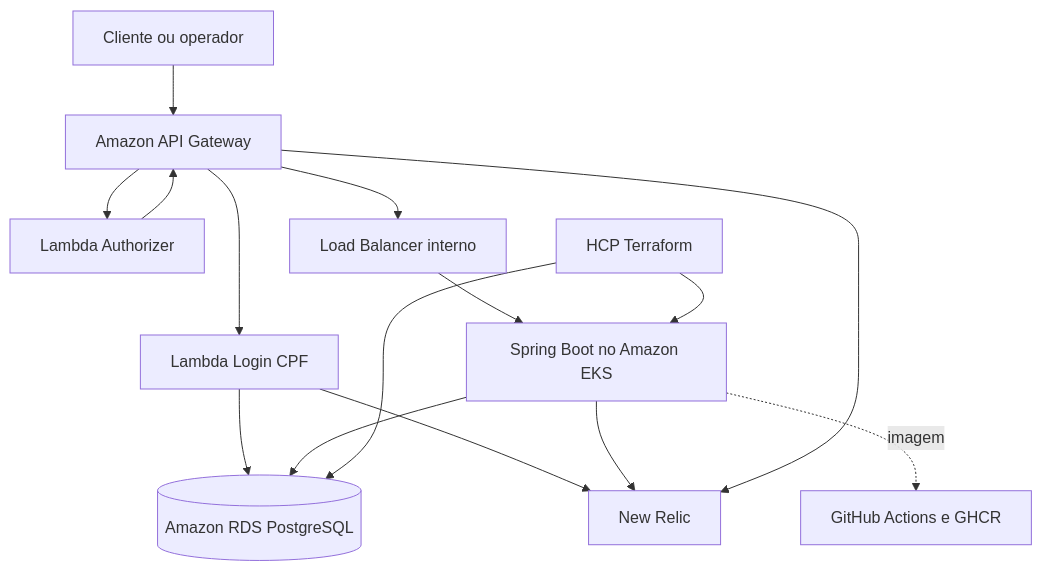
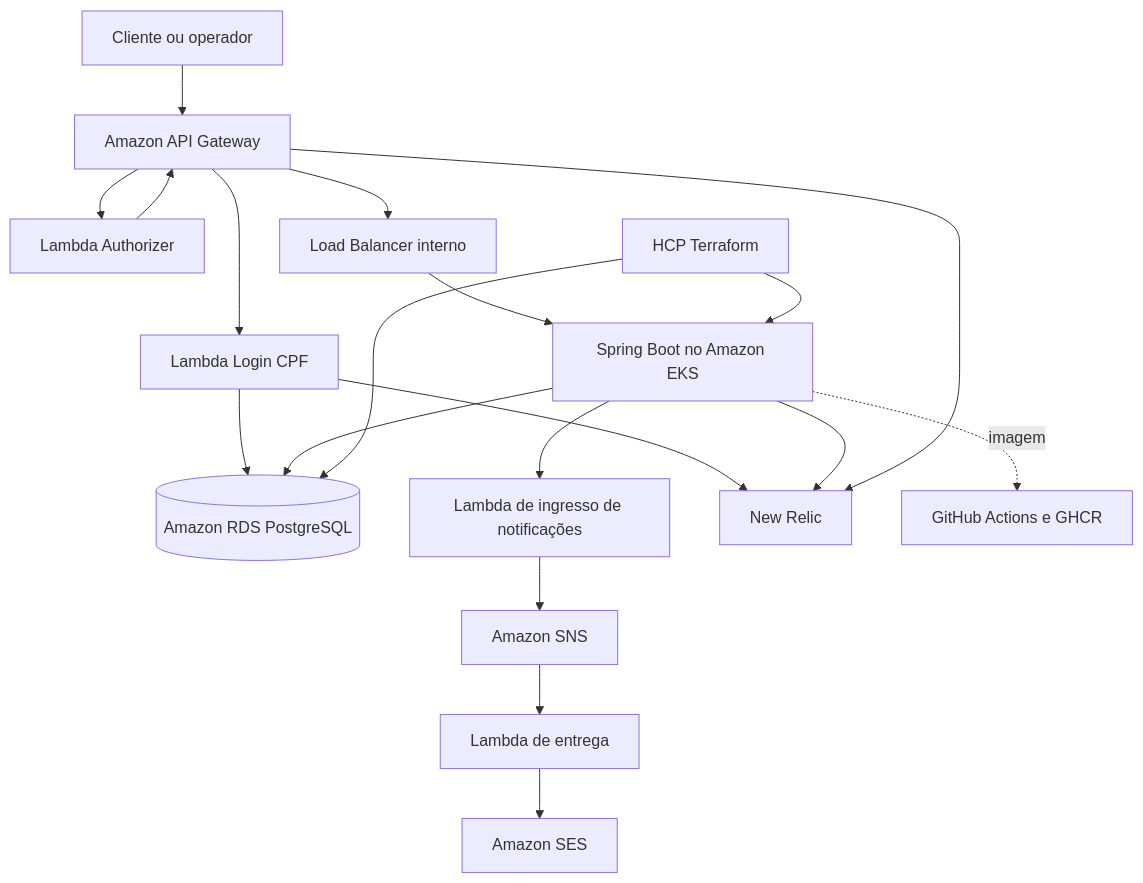
The diagram in docs/architecture/overview.md (tiagomiele/oficina-backend-fiap-fase3), drawn with Mermaid before and after one commit. The commit also changed other lines of this file and 17 other files, not shown here.

````diff
--- a/docs/architecture/overview.md
+++ b/docs/architecture/overview.md
@@ -7,28 +7,36 @@
 ```mermaid
 flowchart TB
     User[Cliente ou operador]
     Gateway[Amazon API Gateway]
     Login[Lambda Login CPF]
     Authorizer[Lambda Authorizer]
     LB[Load Balancer interno]
     App[Spring Boot no Amazon EKS]
     DB[(Amazon RDS PostgreSQL)]
+    NotificationApi[Lambda de ingresso de notificações]
+    Topic[Amazon SNS]
+    NotificationWorker[Lambda de entrega]
+    SES[Amazon SES]
     NR[New Relic]
     GH[GitHub Actions e GHCR]
     TF[HCP Terraform]
 
     User --> Gateway
     Gateway --> Login
     Gateway --> Authorizer
     Authorizer --> Gateway
     Gateway --> LB
     LB --> App
     Login --> DB
     App --> DB
+    App --> NotificationApi
+    NotificationApi --> Topic
+    Topic --> NotificationWorker
+    NotificationWorker --> SES
     Login --> NR
     App --> NR
     Gateway --> NR
     App -. imagem .-> GH
     TF --> DB
     TF --> App
 ```
````
